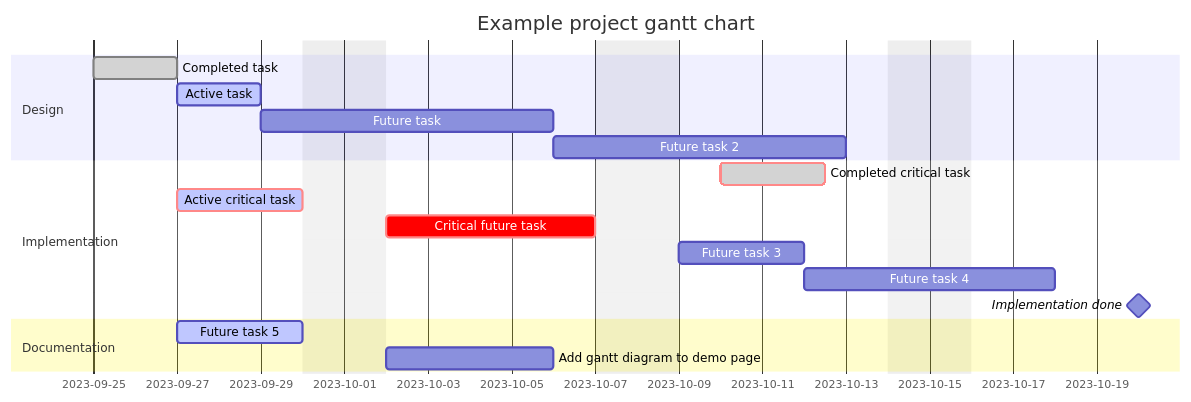
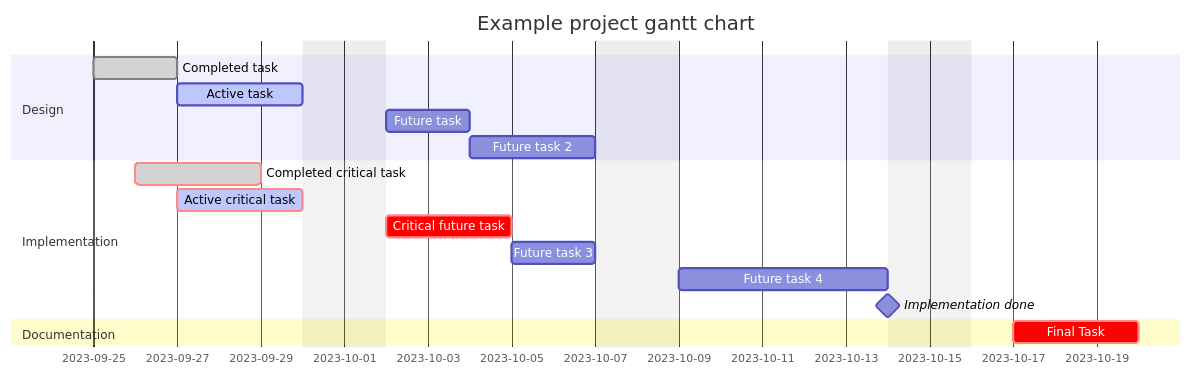
The diagram in README.md (Jack-R-Scaife/markdownExamples), drawn with Mermaid before and after one commit.

Commit message:
more gantt changes

````diff
--- a/README.md
+++ b/README.md
@@ -50,25 +50,24 @@
 ```mermaid
 gantt
     dateFormat  YYYY-MM-DD
     title       Example project gantt chart
     excludes    weekends
     %% (`excludes` accepts specific dates in YYYY-MM-DD format, days of the week ("sunday") or "weekends", but not the word "weekdays".)
 
     section Design
     Completed task            :done,    des1, 2023-09-25, 2d
-    Active task               :active,  des2, 2023-09-27, 2d
-    Future task               :         des3, after des2, 5d
-    Future task 2             :         des4, after des3, 5d
+    Active task               :active,  des2, 2023-09-27, 3d
+    Future task               :         des3, after des2, 2d
+    Future task 2             :         des4, after des3, 3d
 
     section Implementation
-    Completed critical task             :crit, done, 2023-10-10, 60h
+    Completed critical task             :crit, done, 2023-09-26, 72h
     Active critical task                :crit, active, after des1, 3d
-    Critical future task                :crit, 5d
-    Future task 3                       :3d
-    Future task 4                       :4d
-    Implementation done                 :milestone, 2023-10-20, 0d
+    Critical future task                :crit, 3d
+    Future task 3                       :2d
+    Future task 4                       :5d
+    Implementation done                 :milestone, 2023-10-14, 0d
 
     section Documentation
-    Future task 5                       :active, a1, after des1, 3d
-    Add gantt diagram to demo page      :after a1  , 4d
+    Final Task                          :crit, 2023-10-17, 3d
 ```
````
